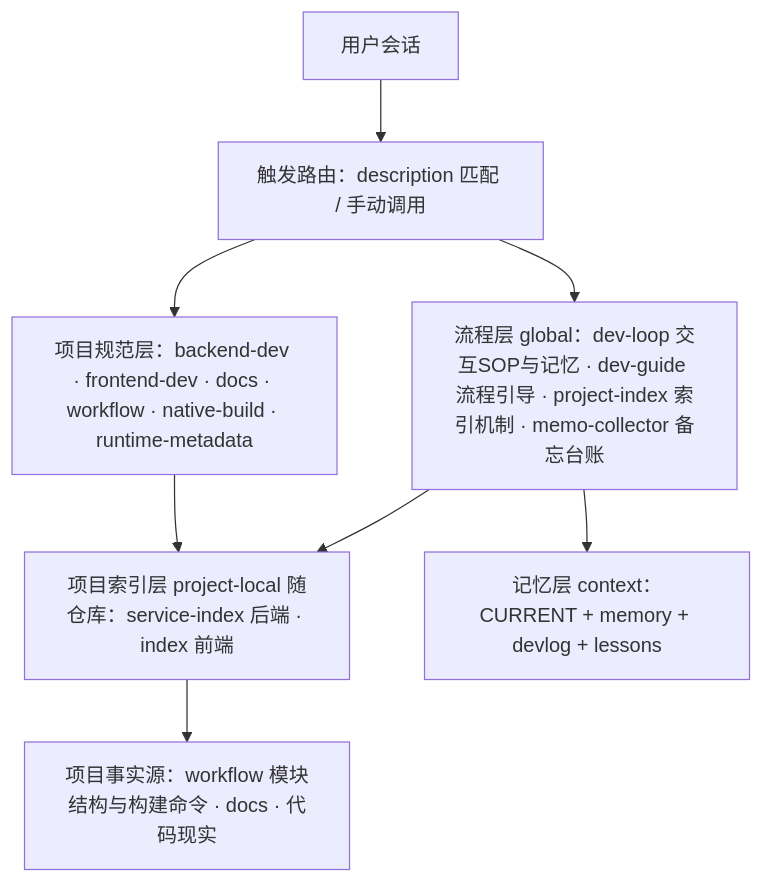
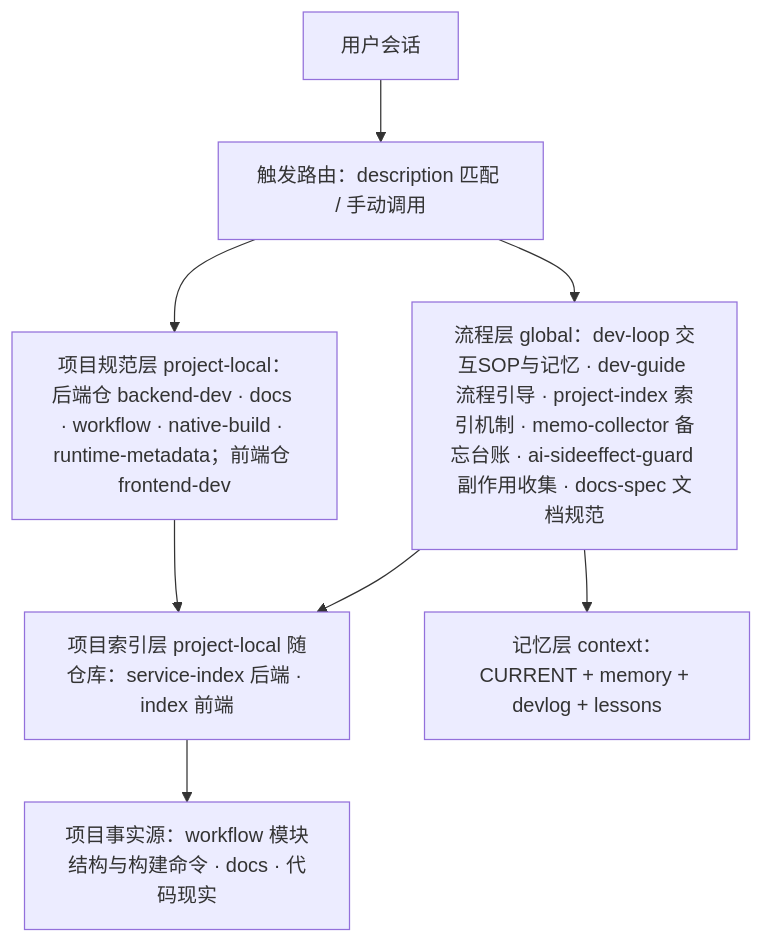
Before and after one commit to loveheng/skill-system: the first of 4 diagrams in README.md, drawn with Mermaid. The commit also changed other lines of this file and 14 other files, not shown here.

````diff
--- a/README.md
+++ b/README.md
@@ -34,10 +34,10 @@
 ```mermaid
 flowchart TD
     U[用户会话] --> R[触发路由：description 匹配 / 手动调用]
-    R --> L1[流程层 global：dev-loop 交互SOP与记忆 · dev-guide 流程引导 · project-index 索引机制 · memo-collector 备忘台账]
-    R --> L2[项目规范层：backend-dev · frontend-dev · docs · workflow · native-build · runtime-metadata]
+    R --> L1[流程层 global：dev-loop 交互SOP与记忆 · dev-guide 流程引导 · project-index 索引机制 · memo-collector 备忘台账 · ai-sideeffect-guard 副作用收集 · docs-spec 文档规范]
+    R --> L2[项目规范层 project-local：后端仓 backend-dev · docs · workflow · native-build · runtime-metadata；前端仓 frontend-dev]
     L1 --> L3[项目索引层 project-local 随仓库：service-index 后端 · index 前端]
     L2 --> L3
     L1 --> L4[记忆层 context：CURRENT + memory + devlog + lessons]
     L3 --> L5[项目事实源：workflow 模块结构与构建命令 · docs · 代码现实]
 ```
````
